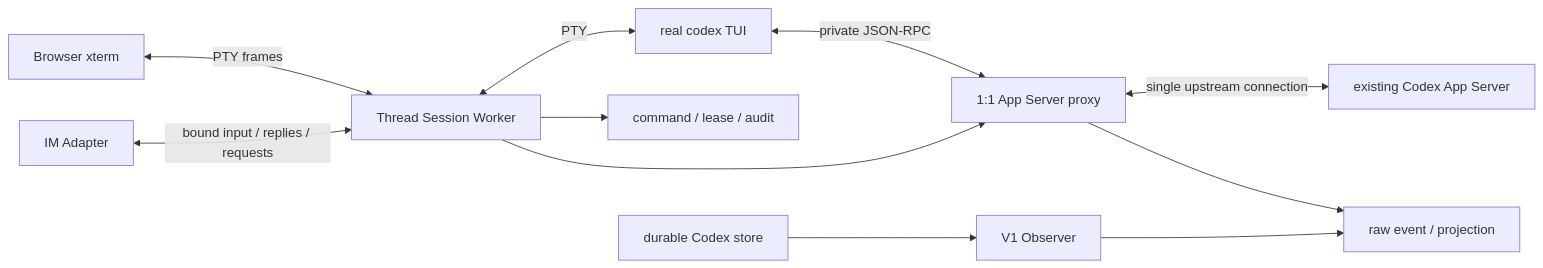
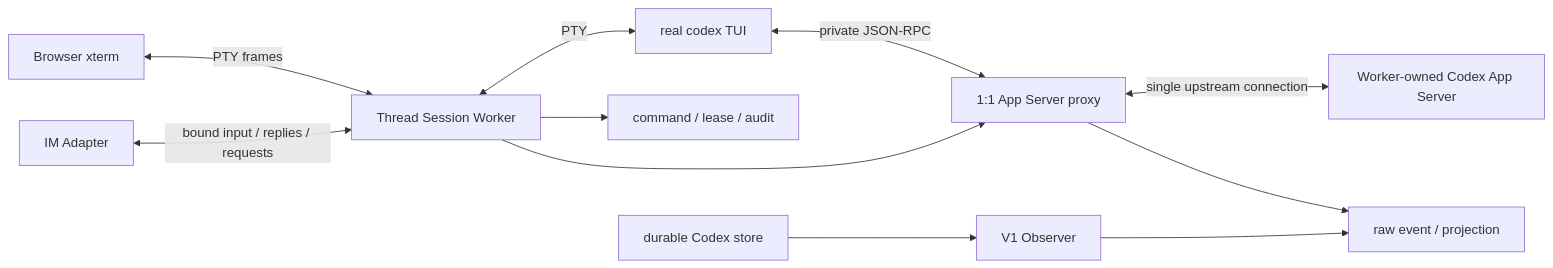
One commit to windsyu/codex-plugin changed the first of 2 diagrams in docs/codex-tui-session-kernel-refactor.md. Above: the diagram before and after it, drawn with Mermaid. The commit also changed other lines of this file and 36 other files, not shown here.

Commit message:
feat: run official CLI sessions with worker-owned app servers

````diff
--- a/docs/codex-tui-session-kernel-refactor.md
+++ b/docs/codex-tui-session-kernel-refactor.md
@@ -18,13 +19,13 @@
 ```mermaid
 flowchart LR
     WEB["Browser xterm"] <-->|"PTY frames"| WORKER["Thread Session Worker"]
     IM["IM Adapter"] <-->|"bound input / replies / requests"| WORKER
     WORKER <-->|"PTY"| TUI["real codex TUI"]
     TUI <-->|"private JSON-RPC"| PROXY["1:1 App Server proxy"]
     WORKER --> PROXY
-    PROXY <-->|"single upstream connection"| APP["existing Codex App Server"]
+    PROXY <-->|"single upstream connection"| APP["Worker-owned Codex App Server"]
     PROXY --> RAW["raw event / projection"]
     WORKER --> AUDIT["command / lease / audit"]
     STORE["durable Codex store"] --> OBS["V1 Observer"]
     OBS --> RAW
 ```
````
